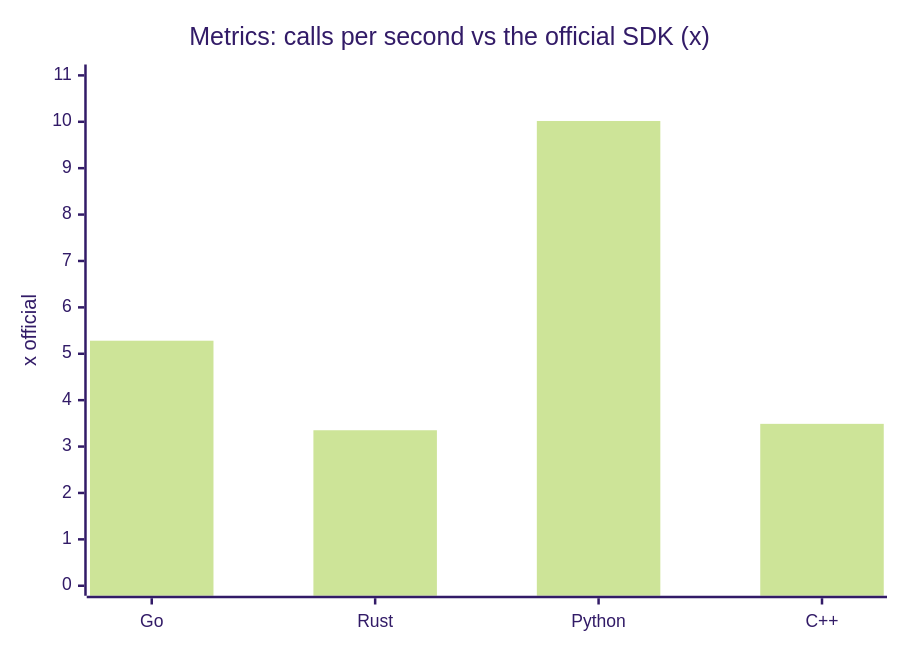
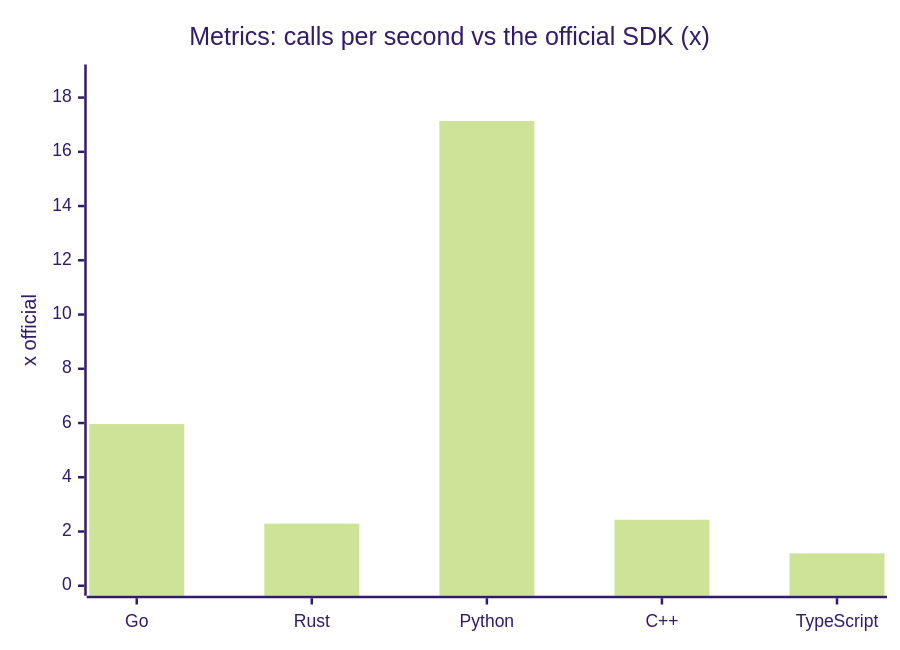
One commit to the-protobuf-project/telemetry changed the ninth of 24 diagrams in docs/benchmark.md. Above: the diagram before and after it, drawn with Mermaid (forest theme). The commit also changed other lines of this file and 1 other file, not shown here.

First line of the commit message:
docs(bench): rerun every SDK at 1M records per signal, TypeScript included

````diff
--- a/docs/benchmark.md
+++ b/docs/benchmark.md
@@ -103,7 +103,7 @@
 ```mermaid
 xychart-beta
     title "Metrics: calls per second vs the official SDK (x)"
-    x-axis ["Go", "Rust", "Python", "C++"]
-    y-axis "x official" 0 --> 11.0191
-    bar [5.28129, 3.35163, 10.0173, 3.48944]
+    x-axis ["Go", "Rust", "Python", "C++", "TypeScript"]
+    y-axis "x official" 0 --> 18.8505
+    bar [5.9622, 2.29042, 17.1368, 2.43313, 1.19671]
 ```
````
